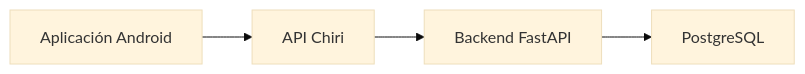
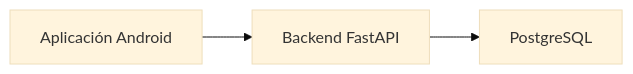
Diagram 26 of 30 in docs/050_BaseDatos.md (chirijose79-ui/Chiri), drawn with Mermaid (base theme) before and after one commit. The commit also changed other lines of this file, not shown here.

Commit message:
docs(database): finalize database architecture and rules

````diff
--- a/docs/050_BaseDatos.md
+++ b/docs/050_BaseDatos.md
@@ -2396,16 +2520,12 @@
-```mermaid id="8m4q2x"
+```mermaid
 flowchart LR
 
     Android["Aplicación Android"]
-
-    API["API Chiri"]
 
     Backend["Backend FastAPI"]
 
     PostgreSQL["PostgreSQL"]
 
-
-    Android --> API
-    API --> Backend
+    Android --> Backend
     Backend --> PostgreSQL
 ```
````
